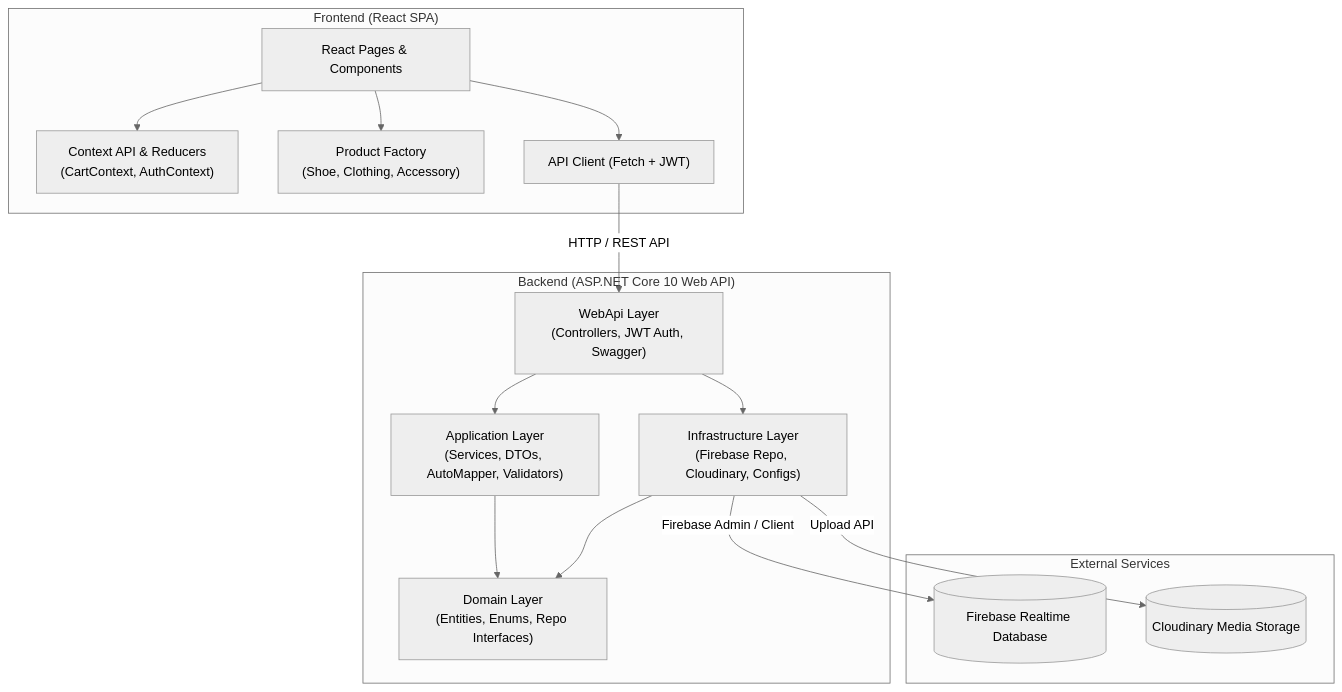
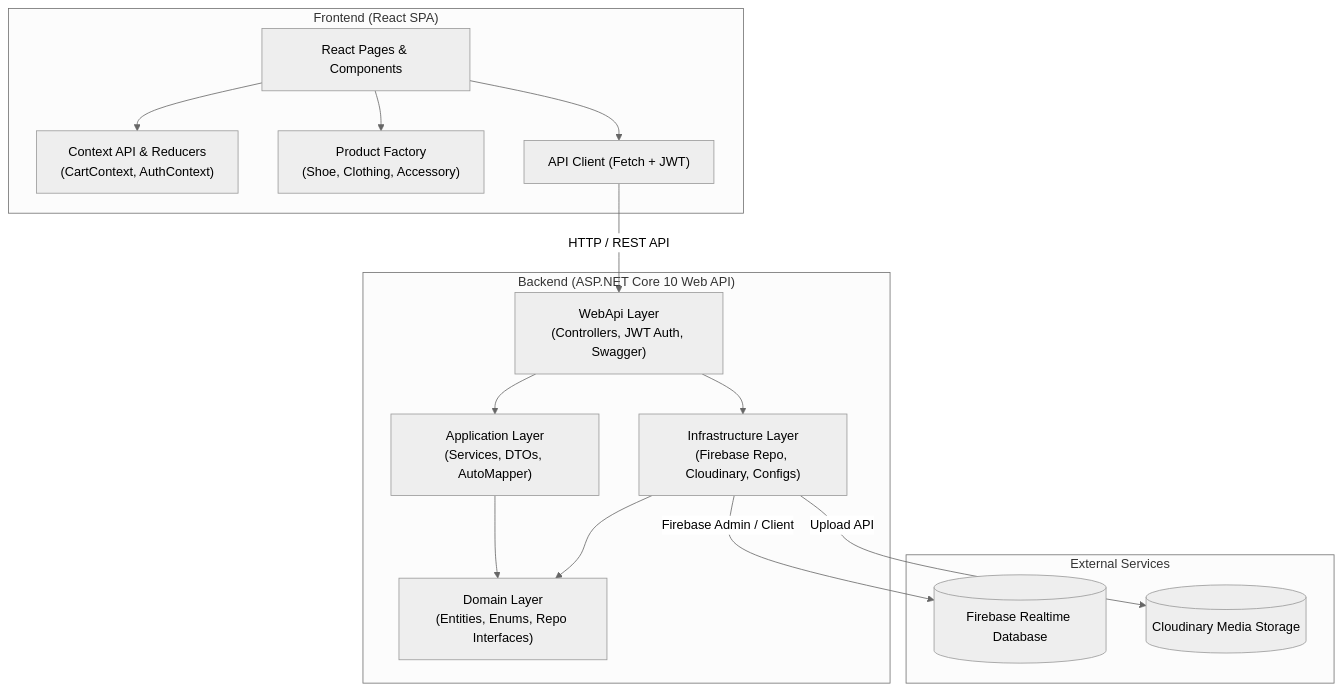
The diagram in README.md (AlexDrts/NewBalanceStore), drawn with Mermaid (neutral theme) before and after one commit. The commit also changed other lines of this file and 15 other files, not shown here.

Commit message:
refactor: update documentation comments for clarity and consistency across DTOs and services chore: clean up unnecessary closing braces in entity and factory files fix: correct API endpoint documentation and update Node.js version requirements in getting started guide

````diff
--- a/README.md
+++ b/README.md
@@ -68,33 +68,33 @@
 ```mermaid
 graph TD
     subgraph Client ["Frontend (React SPA)"]
         UI["React Pages & Components"]
         Ctx["Context API & Reducers<br/>(CartContext, AuthContext)"]
         Factory["Product Factory<br/>(Shoe, Clothing, Accessory)"]
         ApiClient["API Client (Fetch + JWT)"]
         UI --> Ctx
         UI --> Factory
         UI --> ApiClient
     end
 
     subgraph Backend ["Backend (ASP.NET Core 10 Web API)"]
         WebApi["WebApi Layer<br/>(Controllers, JWT Auth, Swagger)"]
-        App["Application Layer<br/>(Services, DTOs, AutoMapper, Validators)"]
+        App["Application Layer<br/>(Services, DTOs, AutoMapper)"]
         Domain["Domain Layer<br/>(Entities, Enums, Repo Interfaces)"]
         Infra["Infrastructure Layer<br/>(Firebase Repo, Cloudinary, Configs)"]
         
         WebApi --> App
         App --> Domain
         Infra --> Domain
         WebApi --> Infra
     end
 
     subgraph Cloud ["External Services"]
         Firebase[("Firebase Realtime Database")]
         Cloudinary[("Cloudinary Media Storage")]
     end
 
     ApiClient -->|HTTP / REST API| WebApi
     Infra -->|Firebase Admin / Client| Firebase
     Infra -->|Upload API| Cloudinary
 ```
````
